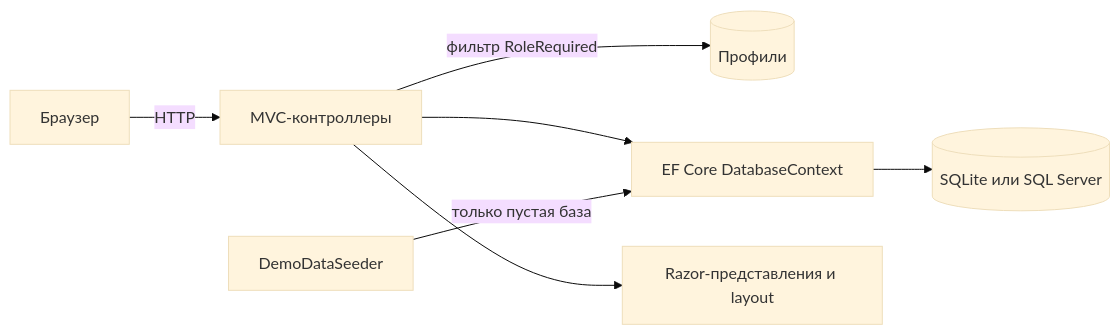
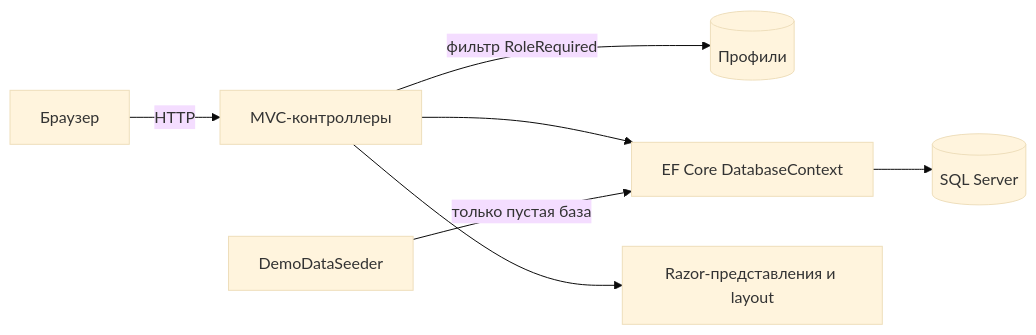
One commit to DogNellaf/aurora-dent changed the diagram in README.ru.md. Above: the diagram before and after it, drawn with Mermaid (base theme). The commit also changed other lines of this file and 13 other files, not shown here.

First line of the commit message:
Move to SQL Server only, switch to PolyForm Noncommercial, rewrite READMEs

````diff
--- a/README.ru.md
+++ b/README.ru.md
@@ -127,9 +127,9 @@
 ```mermaid
 flowchart LR
     U[Браузер] -->|HTTP| C[MVC-контроллеры]
     C -->|фильтр RoleRequired| P[(Профили)]
     C --> D[EF Core DatabaseContext]
-    D --> DB[(SQLite или SQL Server)]
+    D --> DB[(SQL Server)]
     S[DemoDataSeeder] -->|только пустая база| D
     C --> V[Razor-представления и layout]
 ```
````
